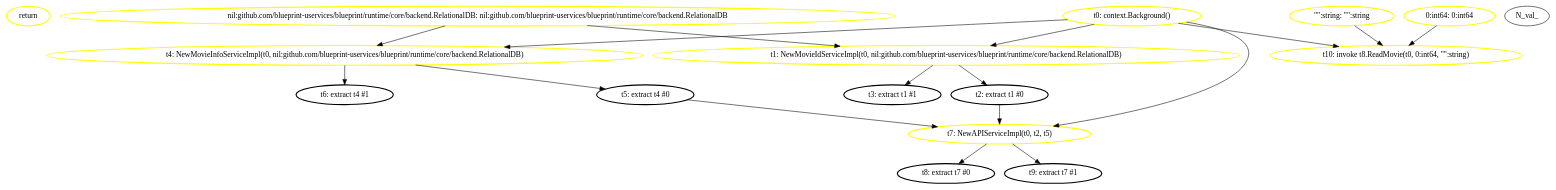
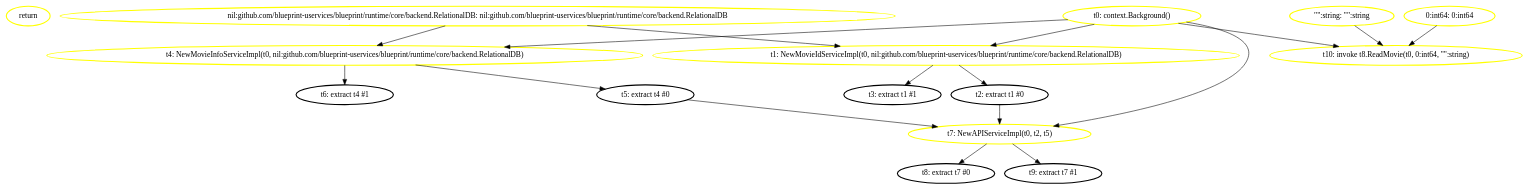
Before and after one commit to aletheia-microservices/aletheia: the diagram in ssa_analysis/analyzer/output/dsb_media_sql/ssagraphs/mediamicroservices_sql.main.dot, drawn with Graphviz. The commit also changed 79 other files, not shown here.

```diff
--- a/ssa_analysis/analyzer/output/dsb_media_sql/ssagraphs/mediamicroservices_sql.main.dot
+++ b/ssa_analysis/analyzer/output/dsb_media_sql/ssagraphs/mediamicroservices_sql.main.dot
@@ -1,35 +1,35 @@
 digraph G {
 	rankdir=TD;
-	N_instr_ret_2091670875 [label="return", style=bold, shape=ellipse, color="yellow"];
-	N_instr_ret_2091670875 [label="return", style=bold, shape=ellipse, color="yellow"];
-	N_nil_1762127032 [label="nil:github.com/blueprint-uservices/blueprint/runtime/core/backend.RelationalDB: nil:github.com/blueprint-uservices/blueprint/runtime/core/backend.RelationalDB", style=bold, shape=ellipse, color="yellow"];
-	N_val_"":string [label="\"\":string: \"\":string", style=bold, shape=ellipse, color="yellow"];
-	N_val_0:int64 [label="0:int64: 0:int64", style=bold, shape=ellipse, color="yellow"];
-	N_val_call_2444355 [label="t0: context.Background()", style=bold, shape=ellipse, color="yellow"];
-	N_val_call_2444477 [label="t1: NewMovieIdServiceImpl(t0, nil:github.com/blueprint-uservices/blueprint/runtime/core/backend.RelationalDB)", style=bold, shape=ellipse, color="yellow"];
-	N_val_call_2444541 [label="t4: NewMovieInfoServiceImpl(t0, nil:github.com/blueprint-uservices/blueprint/runtime/core/backend.RelationalDB)", style=bold, shape=ellipse, color="yellow"];
-	N_val_call_2444588 [label="t7: NewAPIServiceImpl(t0, t2, t5)", style=bold, shape=ellipse, color="yellow"];
-	N_val_call_2444680 [label="t10: invoke t8.ReadMovie(t0, 0:int64, \"\":string)", style=bold, shape=ellipse, color="yellow"];
+	N_instr_ret_54689367 [label="return", style=bold, shape=ellipse, color="yellow"];
+	N_instr_ret_54689367 [label="return", style=bold, shape=ellipse, color="yellow"];
+	N_nil_1903205866 [label="nil:github.com/blueprint-uservices/blueprint/runtime/core/backend.RelationalDB: nil:github.com/blueprint-uservices/blueprint/runtime/core/backend.RelationalDB", style=bold, shape=ellipse, color="yellow"];
+	N_val____string [label="\"\":string: \"\":string", style=bold, shape=ellipse, color="yellow"];
+	N_val_0_int64 [label="0:int64: 0:int64", style=bold, shape=ellipse, color="yellow"];
+	N_val_call_2511009 [label="t0: context.Background()", style=bold, shape=ellipse, color="yellow"];
+	N_val_call_2511131 [label="t1: NewMovieIdServiceImpl(t0, nil:github.com/blueprint-uservices/blueprint/runtime/core/backend.RelationalDB)", style=bold, shape=ellipse, color="yellow"];
+	N_val_call_2511195 [label="t4: NewMovieInfoServiceImpl(t0, nil:github.com/blueprint-uservices/blueprint/runtime/core/backend.RelationalDB)", style=bold, shape=ellipse, color="yellow"];
+	N_val_call_2511242 [label="t7: NewAPIServiceImpl(t0, t2, t5)", style=bold, shape=ellipse, color="yellow"];
+	N_val_call_2511334 [label="t10: invoke t8.ReadMovie(t0, 0:int64, \"\":string)", style=bold, shape=ellipse, color="yellow"];
 	N_val_extrt2 [label="t2: extract t1 #0", style=bold, shape=ellipse, color="black"];
 	N_val_extrt3 [label="t3: extract t1 #1", style=bold, shape=ellipse, color="black"];
 	N_val_extrt5 [label="t5: extract t4 #0", style=bold, shape=ellipse, color="black"];
 	N_val_extrt6 [label="t6: extract t4 #1", style=bold, shape=ellipse, color="black"];
 	N_val_extrt8 [label="t8: extract t7 #0", style=bold, shape=ellipse, color="black"];
 	N_val_extrt9 [label="t9: extract t7 #1", style=bold, shape=ellipse, color="black"];
-	N_val_call_2444355 -> N_val_call_2444477;
-	N_nil_1762127032 -> N_val_call_2444477;
-	N_val_call_2444477 -> N_val_extrt2;
-	N_val_call_2444477 -> N_val_extrt3;
-	N_val_call_2444355 -> N_val_call_2444541;
-	N_nil_1762127032 -> N_val_call_2444541;
-	N_val_call_2444541 -> N_val_extrt5;
-	N_val_call_2444541 -> N_val_extrt6;
-	N_val_call_2444355 -> N_val_call_2444588;
-	N_val_extrt2 -> N_val_call_2444588;
-	N_val_extrt5 -> N_val_call_2444588;
-	N_val_call_2444588 -> N_val_extrt8;
-	N_val_call_2444588 -> N_val_extrt9;
-	N_val_call_2444355 -> N_val_call_2444680;
-	N_val_0:int64 -> N_val_call_2444680;
-	N_val_"":string -> N_val_call_2444680;
+	N_val_call_2511009 -> N_val_call_2511131;
+	N_nil_1903205866 -> N_val_call_2511131;
+	N_val_call_2511131 -> N_val_extrt2;
+	N_val_call_2511131 -> N_val_extrt3;
+	N_val_call_2511009 -> N_val_call_2511195;
+	N_nil_1903205866 -> N_val_call_2511195;
+	N_val_call_2511195 -> N_val_extrt5;
+	N_val_call_2511195 -> N_val_extrt6;
+	N_val_call_2511009 -> N_val_call_2511242;
+	N_val_extrt2 -> N_val_call_2511242;
+	N_val_extrt5 -> N_val_call_2511242;
+	N_val_call_2511242 -> N_val_extrt8;
+	N_val_call_2511242 -> N_val_extrt9;
+	N_val_call_2511009 -> N_val_call_2511334;
+	N_val_0_int64 -> N_val_call_2511334;
+	N_val____string -> N_val_call_2511334;
 }
```
